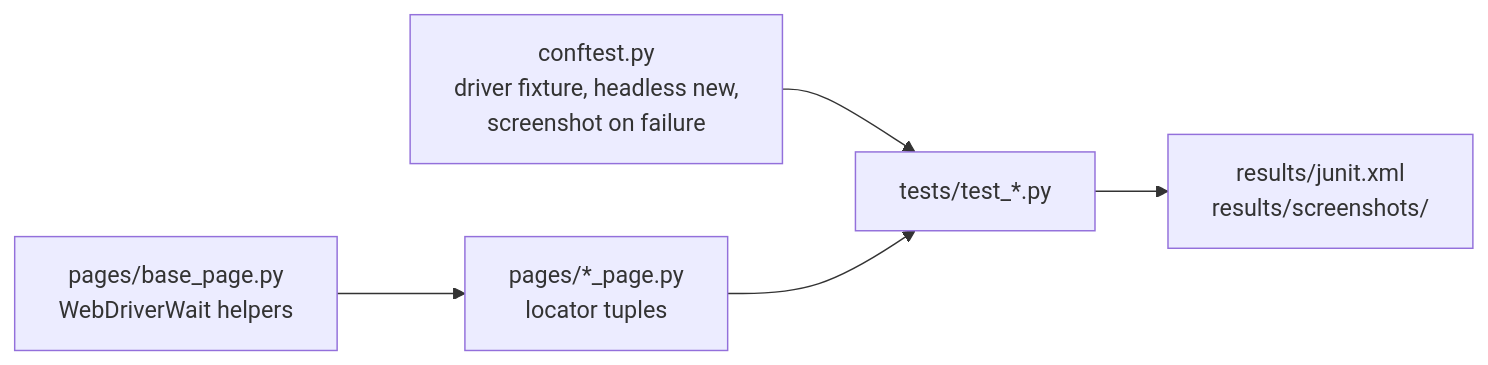
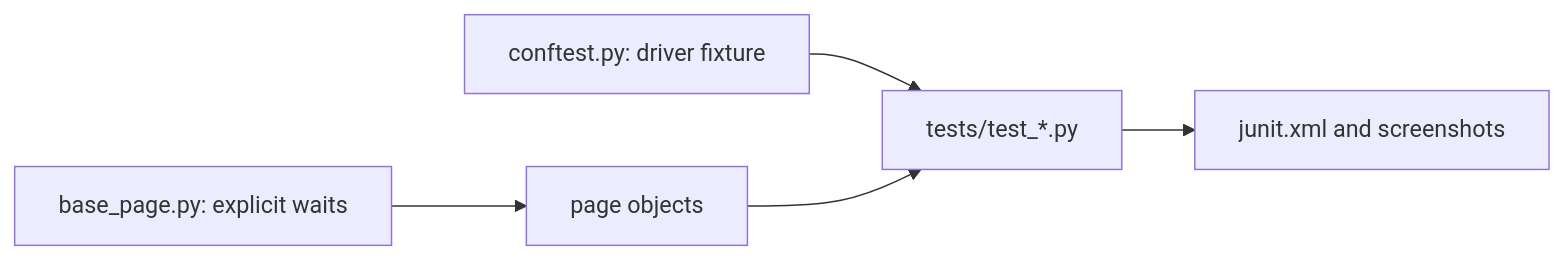
The third of 9 diagrams in docs/architecture.md (EarlFernandes/qa-automation-portfolio), drawn with Mermaid before and after one commit. The commit also changed other lines of this file and 35 other files, not shown here.

Commit message:
Add self-healing locators, a11y scans, visual tests, live LLM evals, Pages reports, Docker

````diff
--- a/docs/architecture.md
+++ b/docs/architecture.md
@@ -51,7 +50,7 @@
 ```mermaid
 flowchart LR
-    CONF["conftest.py<br/>driver fixture, headless new,<br/>screenshot on failure"] --> TESTS["tests/test_*.py"]
-    BASE["pages/base_page.py<br/>WebDriverWait helpers"] --> PAGES["pages/*_page.py<br/>locator tuples"]
+    CONF["conftest.py: driver fixture"] --> TESTS["tests/test_*.py"]
+    BASE["base_page.py: explicit waits"] --> PAGES["page objects"]
     PAGES --> TESTS
-    TESTS --> OUT["results/junit.xml<br/>results/screenshots/"]
+    TESTS --> OUT["junit.xml and screenshots"]
 ```
````
